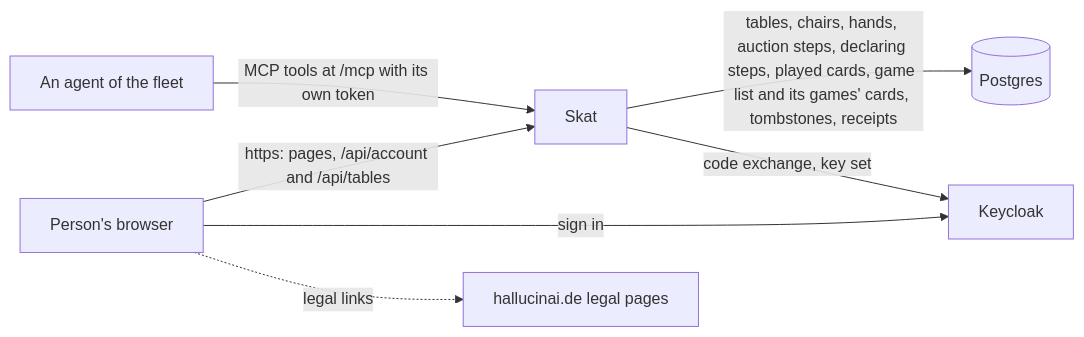
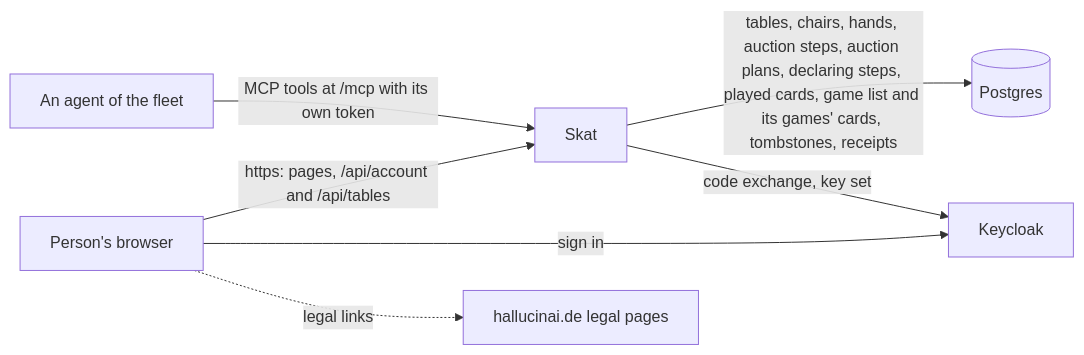
The first of 3 diagrams in docs/ARCHITECTURE.md (overnightworks/skat), drawn with Mermaid before and after one commit. The commit also changed other lines of this file and 13 other files, not shown here.

````diff
--- a/docs/ARCHITECTURE.md
+++ b/docs/ARCHITECTURE.md
@@ -7,9 +7,9 @@
 ```mermaid
 flowchart LR
     person["Person's browser"] -->|"https: pages, /api/account and /api/tables"| skat["Skat"]
     person -->|"sign in"| keycloak["Keycloak"]
     agent["An agent of the fleet"] -->|"MCP tools at /mcp with its own token"| skat
-    skat -->|"tables, chairs, hands, auction steps, declaring steps, played cards, game list and its games' cards, tombstones, receipts"| database[("Postgres")]
+    skat -->|"tables, chairs, hands, auction steps, auction plans, declaring steps, played cards, game list and its games' cards, tombstones, receipts"| database[("Postgres")]
     skat -->|"code exchange, key set"| keycloak
     person -.->|"legal links"| legal["hallucinai.de legal pages"]
 ```
````
